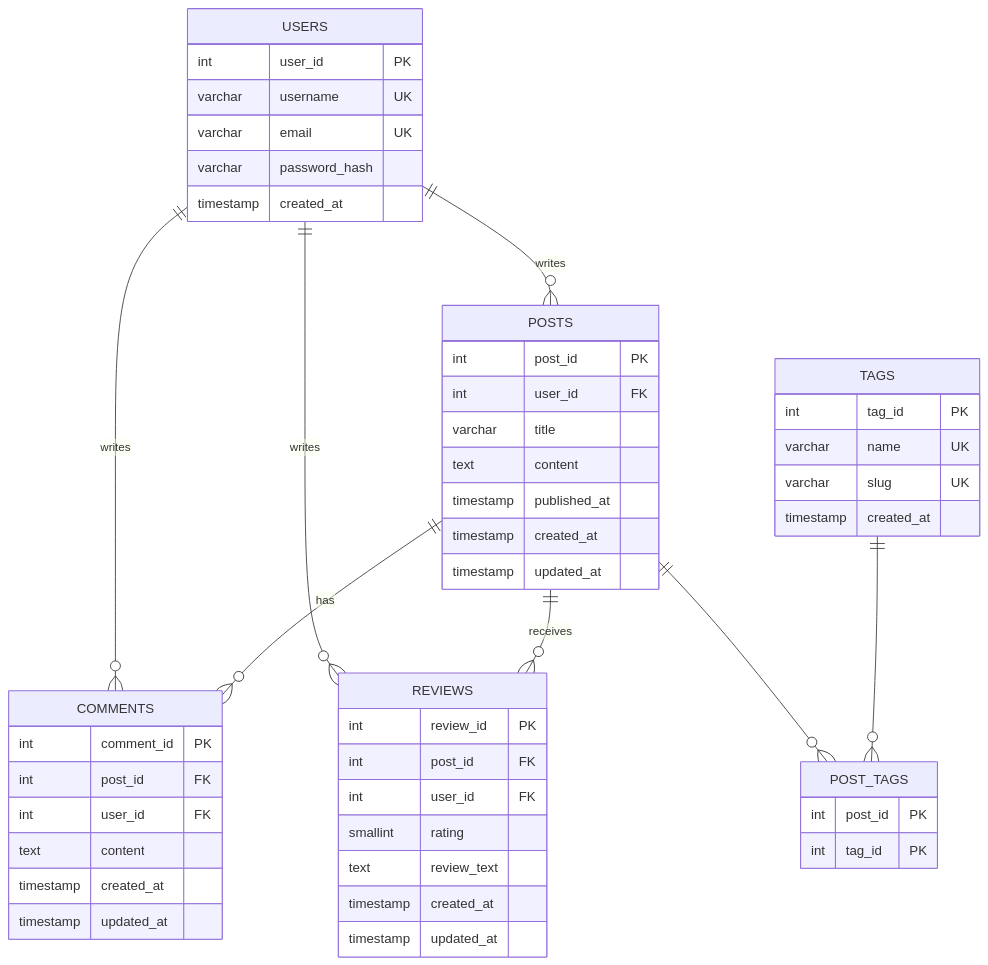
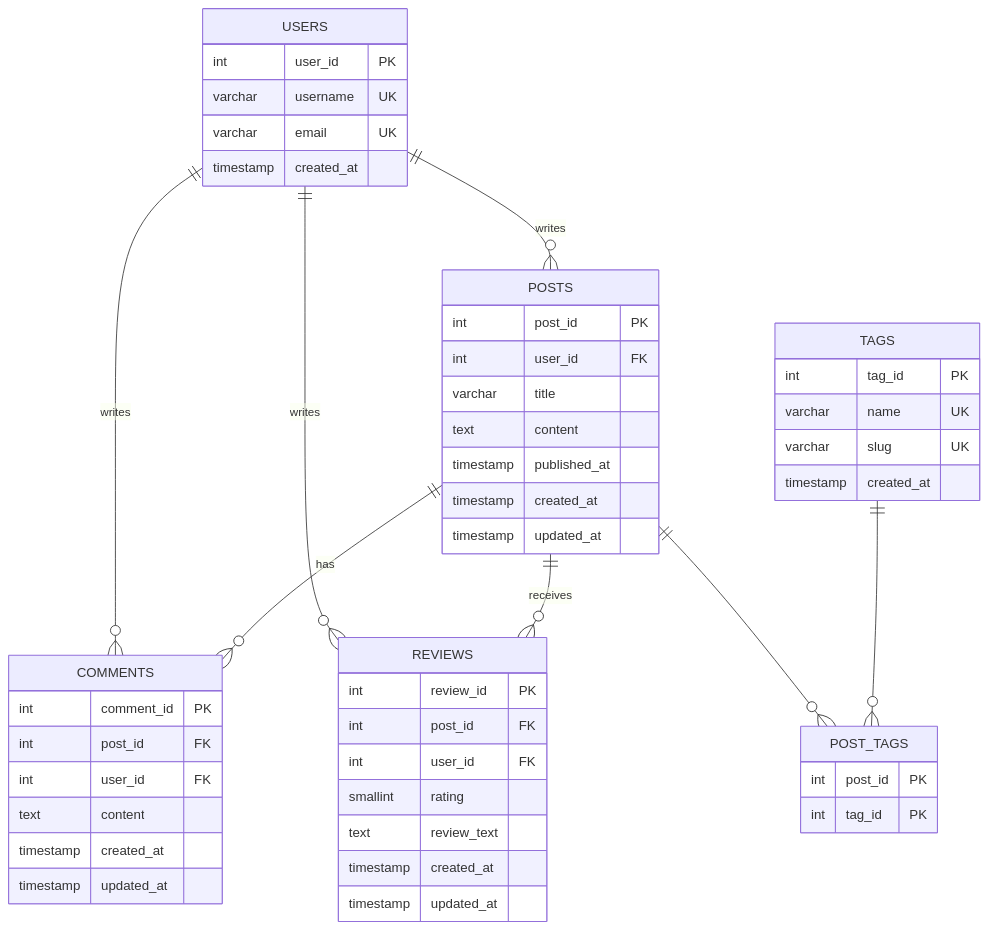
Before and after one commit to El-Gibbor/amalitech-java-labs: the second of 2 diagrams in blogging-platform/doc/database-design.md, drawn with Mermaid. The commit also changed other lines of this file and 2 other files, not shown here.

Commit message:
Implement the schema as DDL and seed it with representative sample data

````diff
--- a/blogging-platform/doc/database-design.md
+++ b/blogging-platform/doc/database-design.md
@@ -33,54 +33,53 @@
 ```mermaid
 erDiagram
     USERS ||--o{ POSTS : writes
     USERS ||--o{ COMMENTS : writes
     USERS ||--o{ REVIEWS : writes
     POSTS ||--o{ COMMENTS : has
     POSTS ||--o{ REVIEWS : receives
     POSTS ||--o{ POST_TAGS : ""
     TAGS ||--o{ POST_TAGS : ""
 
     USERS {
         int user_id PK
         varchar username UK
         varchar email UK
-        varchar password_hash
         timestamp created_at
     }
     POSTS {
         int post_id PK
         int user_id FK
         varchar title
         text content
         timestamp published_at
         timestamp created_at
         timestamp updated_at
     }
     COMMENTS {
         int comment_id PK
         int post_id FK
         int user_id FK
         text content
         timestamp created_at
         timestamp updated_at
     }
     REVIEWS {
         int review_id PK
         int post_id FK
         int user_id FK
         smallint rating
         text review_text
         timestamp created_at
         timestamp updated_at
     }
     TAGS {
         int tag_id PK
         varchar name UK
         varchar slug UK
         timestamp created_at
     }
     POST_TAGS {
         int post_id PK
         int tag_id PK
     }
 ```
````
